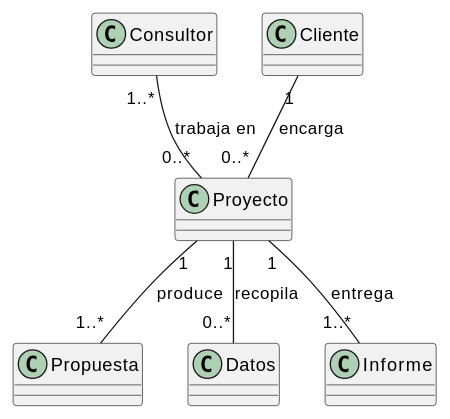
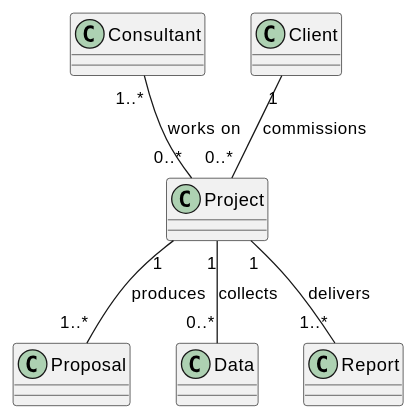
One commit to jcg-admin/IACT-docs changed the diagram in source/base-cognitiva/_uml/uml-07-diagramas-casos-uso/comprension-del-dominio.rst. Above: the diagram before and after it, drawn with PlantUML. The commit also changed 4 other files, not shown here.

```diff
--- a/source/base-cognitiva/_uml/uml-07-diagramas-casos-uso/comprension-del-dominio.rst
+++ b/source/base-cognitiva/_uml/uml-07-diagramas-casos-uso/comprension-del-dominio.rst
@@ -12,17 +12,17 @@
 .. uml::
 
    @startuml
 
-   class Consultor
-   class Cliente
-   class Proyecto
-   class Propuesta
-   class Datos
-   class Informe
+   class Consultant
+   class Client
+   class Project
+   class Proposal
+   class Data
+   class Report
 
-   Consultor "1..*" -- "0..*" Proyecto      : trabaja en
-   Cliente   "1"    -- "0..*" Proyecto      : encarga
-   Proyecto  "1"    -- "1..*" Propuesta     : produce
-   Proyecto  "1"    -- "0..*" Datos         : recopila
-   Proyecto  "1"    -- "1..*" Informe       : entrega
+   Consultant "1..*" -- "0..*" Project       : works on
+   Client     "1"    -- "0..*" Project       : commissions
+   Project    "1"    -- "1..*" Proposal      : produces
+   Project    "1"    -- "0..*" Data          : collects
+   Project    "1"    -- "1..*" Report        : delivers
    @enduml
```
